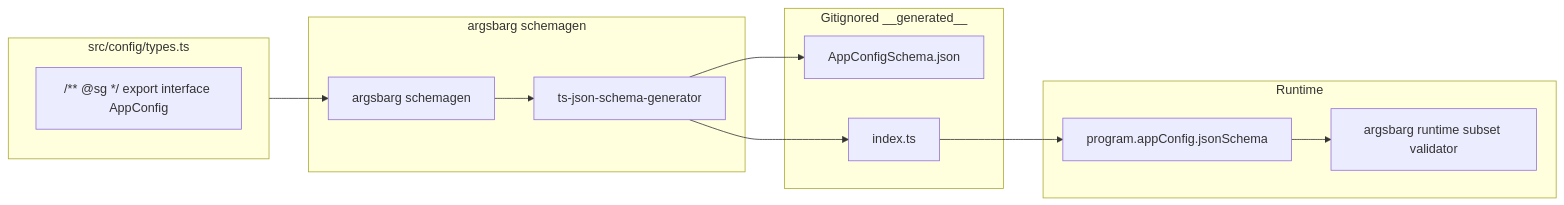
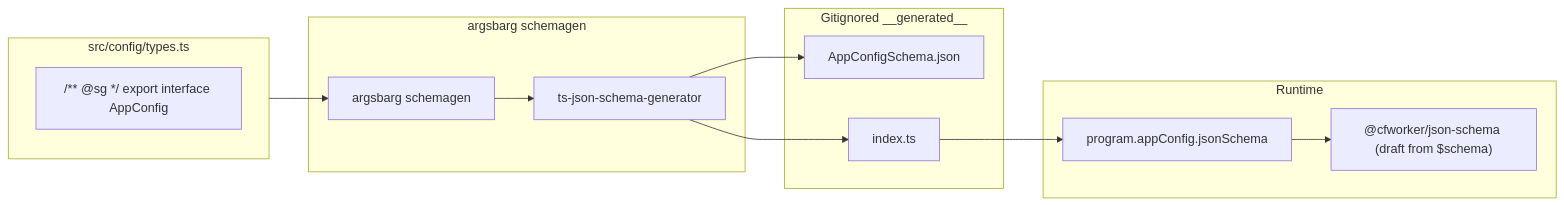
One commit to bdombro/bun-argsbarg changed the diagram in docs/config-schema.md. Above: the diagram before and after it, drawn with Mermaid. The commit also changed other lines of this file and 10 other files, not shown here.

````diff
--- a/docs/config-schema.md
+++ b/docs/config-schema.md
@@ -143,20 +143,20 @@
 ```mermaid
 flowchart LR
   subgraph src [src/config/types.ts]
     Marker["/** @sg */ export interface AppConfig"]
   end
   subgraph gen [argsbarg schemagen]
     Script["argsbarg schemagen"]
     Gen["ts-json-schema-generator"]
   end
   subgraph artifacts [Gitignored __generated__]
     Json["AppConfigSchema.json"]
     Index["index.ts"]
   end
   subgraph runtime [Runtime]
     Program["program.appConfig.jsonSchema"]
-    Validate["argsbarg runtime subset validator"]
+    Validate["@cfworker/json-schema (draft from $schema)"]
   end
   src --> Script --> Gen --> Json
   Gen --> Index --> Program --> Validate
 ```
````
